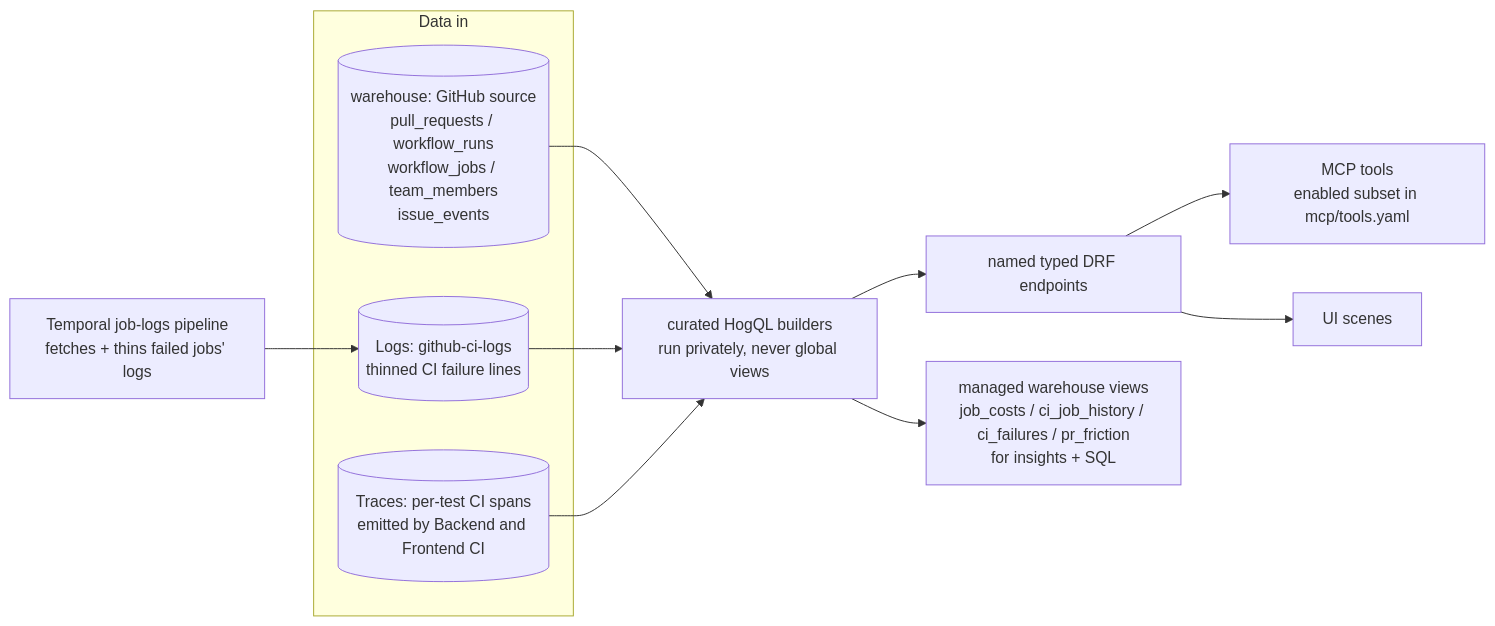
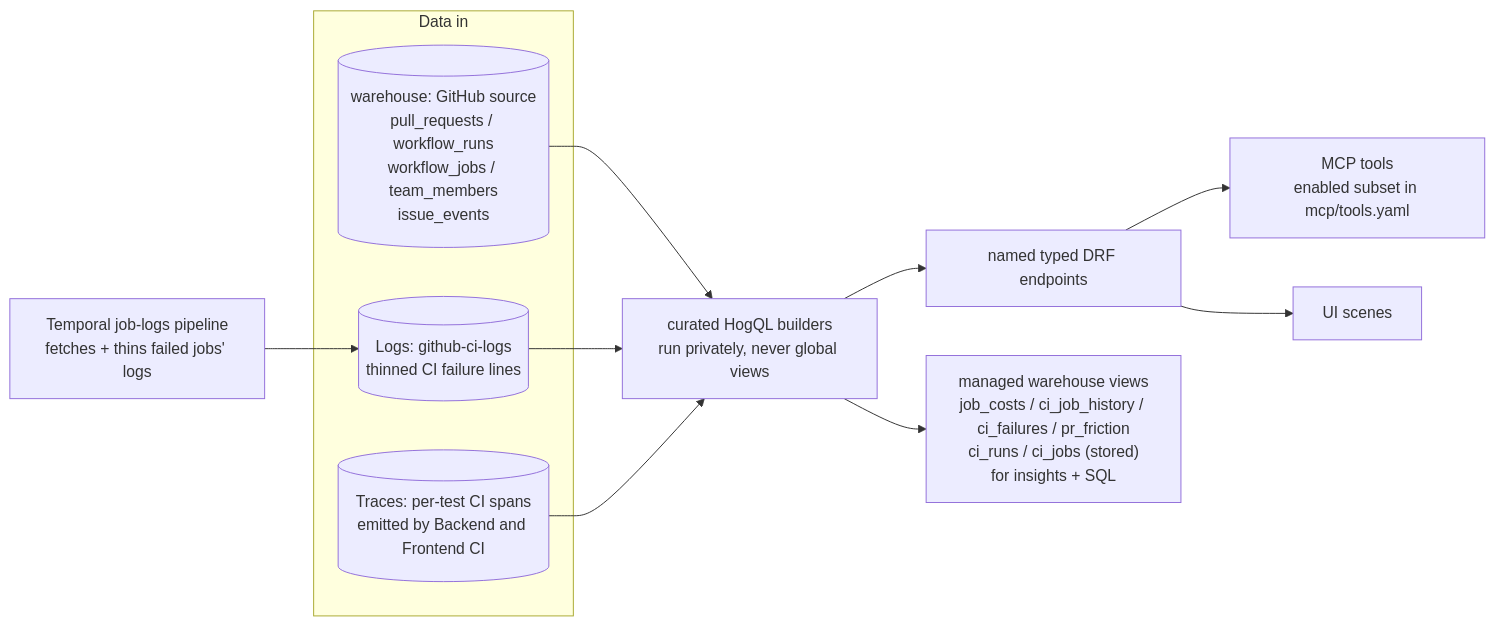
One commit to TheHalfMoon/Flind changed the diagram in products/engineering_analytics/README.md. Above: the diagram before and after it, drawn with Mermaid. The commit also changed other lines of this file and 35991 other files, not shown here.

````diff
--- a/products/engineering_analytics/README.md
+++ b/products/engineering_analytics/README.md
@@ -64,18 +64,18 @@
 ```mermaid
 graph LR
     subgraph "Data in"
         WH[("warehouse: GitHub source<br/>pull_requests / workflow_runs<br/>workflow_jobs / team_members<br/>issue_events")]
         LOGS[("Logs: github-ci-logs<br/>thinned CI failure lines")]
         TRACES[("Traces: per-test CI spans<br/>emitted by Backend and Frontend CI")]
     end
     JL["Temporal job-logs pipeline<br/>fetches + thins failed jobs' logs"] --> LOGS
     CUR["curated HogQL builders<br/>run privately, never global views"]
     WH --> CUR
     LOGS --> CUR
     TRACES --> CUR
     EP["named typed DRF endpoints"]
     CUR --> EP
     EP --> MCP["MCP tools<br/>enabled subset in mcp/tools.yaml"]
     EP --> UI["UI scenes"]
-    CUR --> WV["managed warehouse views<br/>job_costs / ci_job_history / ci_failures / pr_friction<br/>for insights + SQL"]
+    CUR --> WV["managed warehouse views<br/>job_costs / ci_job_history / ci_failures / pr_friction<br/>ci_runs / ci_jobs (stored)<br/>for insights + SQL"]
 ```
````
